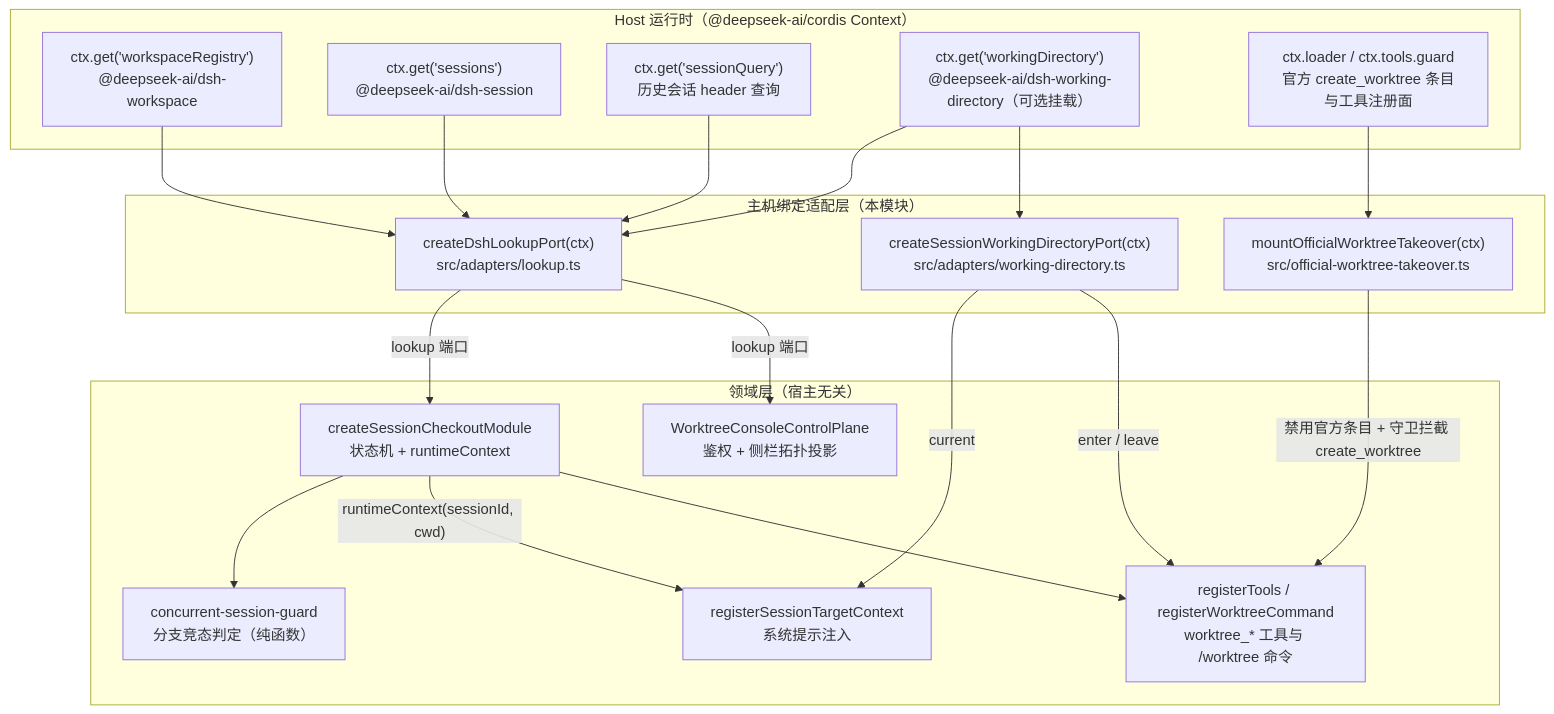
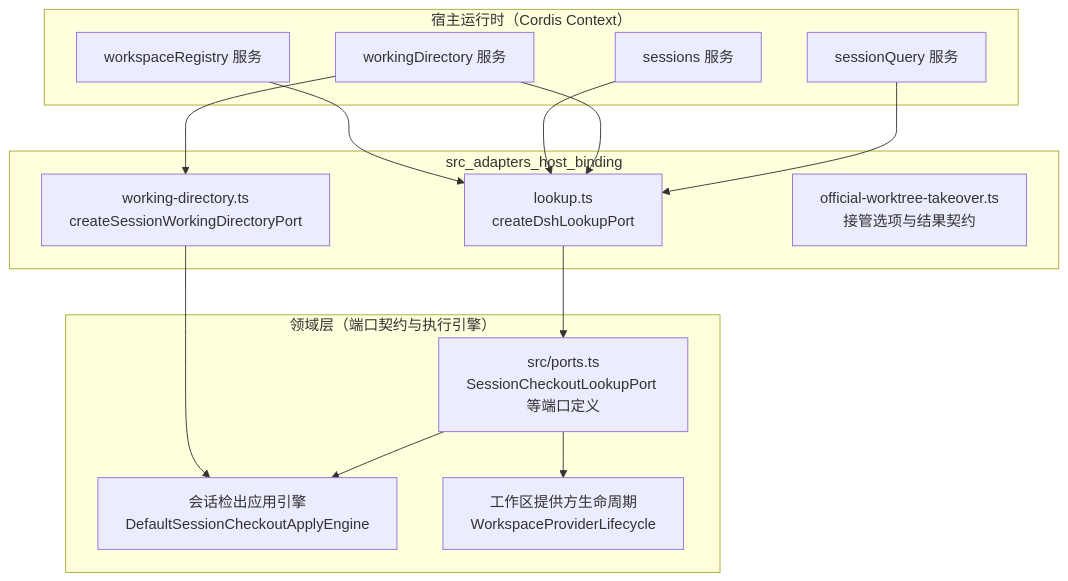
One commit to ikliml666/dsh-git-workspace changed the first of 6 diagrams in .codewiki/_techdocs/docs/core_worktree_domain_and_infrastructure/src_adapters/src_adapters_host_binding.md. Above: the diagram before and after it, drawn with Mermaid. The commit also changed other lines of this file and 71 other files, not shown here.

````diff
--- a/.codewiki/_techdocs/docs/core_worktree_domain_and_infrastructure/src_adapters/src_adapters_host_binding.md
+++ b/.codewiki/_techdocs/docs/core_worktree_domain_and_infrastructure/src_adapters/src_adapters_host_binding.md
@@ -44,40 +29,31 @@
 ```mermaid
 flowchart TB
-    subgraph HOST["Host 运行时（@deepseek-ai/cordis Context）"]
-        WR["ctx.get('workspaceRegistry')<br/>@deepseek-ai/dsh-workspace"]
-        SS["ctx.get('sessions')<br/>@deepseek-ai/dsh-session"]
-        SQ["ctx.get('sessionQuery')<br/>历史会话 header 查询"]
-        WD["ctx.get('workingDirectory')<br/>@deepseek-ai/dsh-working-directory（可选挂载）"]
-        LOADER["ctx.loader / ctx.tools.guard<br/>官方 create_worktree 条目与工具注册面"]
-    end
+  subgraph HOST["宿主运行时（Cordis Context）"]
+    REG["workspaceRegistry 服务"]
+    SESS["sessions 服务"]
+    WD["workingDirectory 服务"]
+    QRY["sessionQuery 服务"]
+  end
 
-    subgraph BINDING["主机绑定适配层（本模块）"]
-        LP["createDshLookupPort(ctx)<br/>src/adapters/lookup.ts"]
-        WDP["createSessionWorkingDirectoryPort(ctx)<br/>src/adapters/working-directory.ts"]
-        TAKEOVER["mountOfficialWorktreeTakeover(ctx)<br/>src/official-worktree-takeover.ts"]
-    end
+  subgraph MOD["src_adapters_host_binding"]
+    LKP["lookup.ts<br/>createDshLookupPort"]
+    WDAD["working-directory.ts<br/>createSessionWorkingDirectoryPort"]
+    TK["official-worktree-takeover.ts<br/>接管选项与结果契约"]
+  end
 
-    subgraph DOMAIN["领域层（宿主无关）"]
-        MOD["createSessionCheckoutModule<br/>状态机 + runtimeContext"]
-        CP["WorktreeConsoleControlPlane<br/>鉴权 + 侧栏拓扑投影"]
-        TOOLS["registerTools / registerWorktreeCommand<br/>worktree_* 工具与 /worktree 命令"]
-        CTX["registerSessionTargetContext<br/>系统提示注入"]
-        GUARD["concurrent-session-guard<br/>分支竞态判定（纯函数）"]
-    end
+  subgraph DOMAIN["领域层（端口契约与执行引擎）"]
+    PORTS["src/ports.ts<br/>SessionCheckoutLookupPort 等端口定义"]
+    ENGINE["会话检出应用引擎<br/>DefaultSessionCheckoutApplyEngine"]
+    LIFECYCLE["工作区提供方生命周期<br/>WorkspaceProviderLifecycle"]
+  end
 
-    WR --> LP
-    SS --> LP
-    SQ --> LP
-    WD --> LP
-    WD --> WDP
-    LOADER --> TAKEOVER
-
-    LP -- "lookup 端口" --> MOD
-    LP -- "lookup 端口" --> CP
-    MOD --> GUARD
-    MOD -- "runtimeContext(sessionId, cwd)" --> CTX
-    WDP -- "current" --> CTX
-    WDP -- "enter / leave" --> TOOLS
-    MOD --> TOOLS
-    TAKEOVER -- "禁用官方条目 + 守卫拦截 create_worktree" --> TOOLS
+  REG --> LKP
+  SESS --> LKP
+  WD --> LKP
+  QRY --> LKP
+  WD --> WDAD
+  LKP --> PORTS
+  WDAD --> ENGINE
+  PORTS --> ENGINE
+  PORTS --> LIFECYCLE
 ```
````
